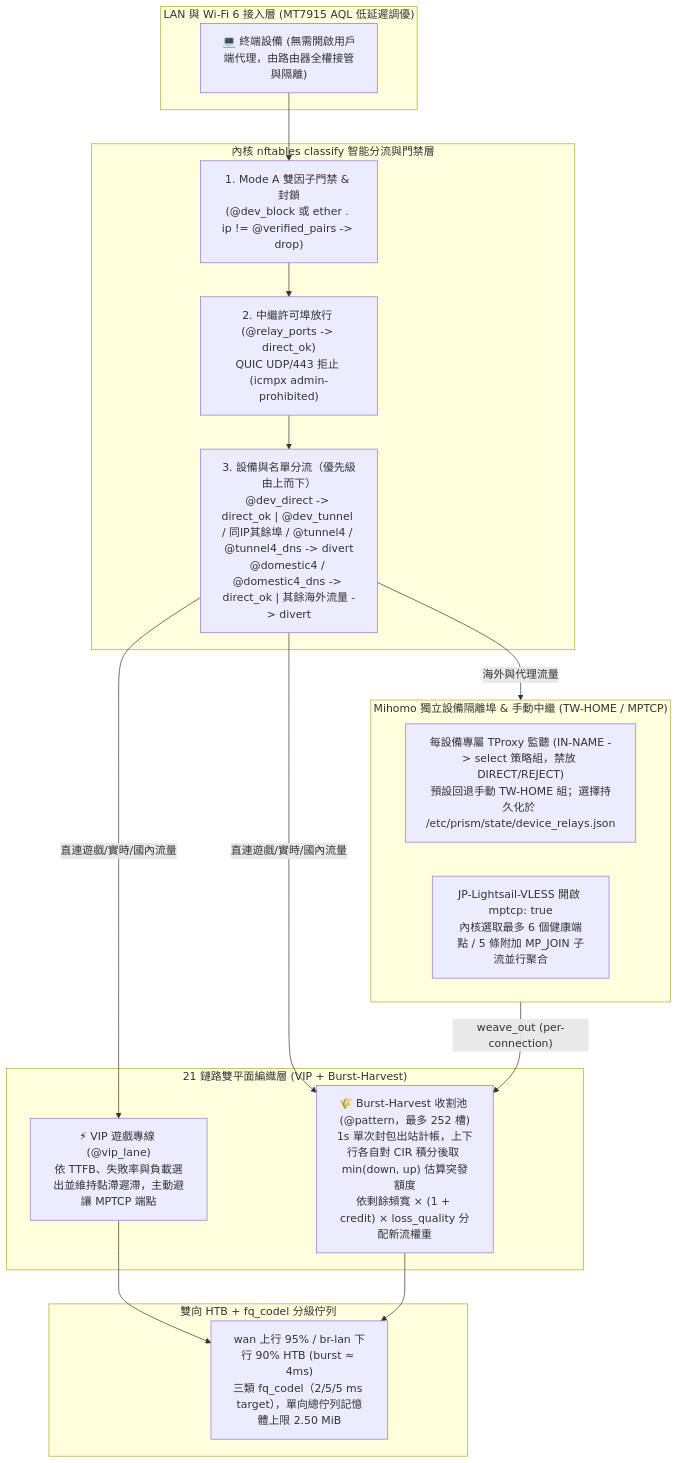
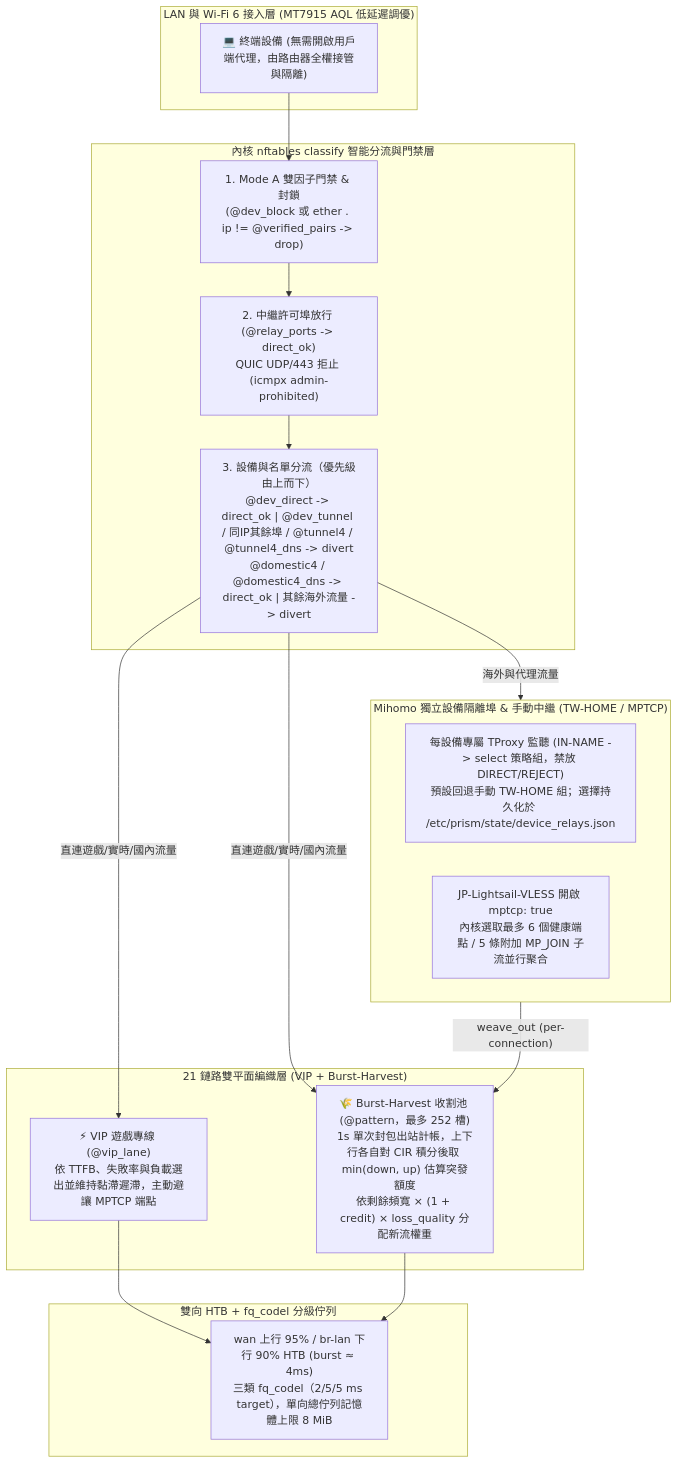
The diagram in README.md (Chth1z/FuckWeb), drawn with Mermaid before and after one commit. The commit also changed other lines of this file and 26 other files, not shown here.

````diff
--- a/README.md
+++ b/README.md
@@ -17,32 +17,32 @@
 ```mermaid
 flowchart TB
     subgraph ClientLayer["LAN 與 Wi-Fi 6 接入層 (MT7915 AQL 低延遲調優)"]
         LAN["💻 終端設備 (無需開啟用戶端代理，由路由器全權接管與隔離)"]
     end
 
     subgraph ClassifyLayer["內核 nftables classify 智能分流與門禁層"]
         Admit["1. Mode A 雙因子門禁 & 封鎖<br/>(@dev_block 或 ether . ip != @verified_pairs -> drop)"]
         RelayPort["2. 中繼許可埠放行 (@relay_ports -> direct_ok)<br/>QUIC UDP/443 拒止 (icmpx admin-prohibited)"]
         SplitCheck["3. 設備與名單分流（優先級由上而下）<br/>@dev_direct -> direct_ok | @dev_tunnel / 同IP其餘埠 / @tunnel4 / @tunnel4_dns -> divert<br/>@domestic4 / @domestic4_dns -> direct_ok | 其餘海外流量 -> divert"]
     end
 
     subgraph ProxyLayer["Mihomo 獨立設備隔離埠 & 手動中繼 (TW-HOME / MPTCP)"]
         DevPort["每設備專屬 TProxy 監聽 (IN-NAME -> select 策略組，禁放 DIRECT/REJECT)<br/>預設回退手動 TW-HOME 組；選擇持久化於 /etc/prism/state/device_relays.json"]
         MPTCP["JP-Lightsail-VLESS 開啟 mptcp: true<br/>內核選取最多 6 個健康端點 / 5 條附加 MP_JOIN 子流並行聚合"]
     end
 
     subgraph WeaveLayer["21 鏈路雙平面編織層 (VIP + Burst-Harvest)"]
         VIPLane["⚡ VIP 遊戲專線 (@vip_lane)<br/>依 TTFB、失敗率與負載選出並維持黏滯遲滯，主動避讓 MPTCP 端點"]
         HarvestPool["🌾 Burst-Harvest 收割池 (@pattern，最多 252 槽)<br/>1s 單次封包出站計帳，上下行各自對 CIR 積分後取 min(down, up) 估算突發額度<br/>依剩餘頻寬 × (1 + credit) × loss_quality 分配新流權重"]
     end
 
     subgraph QoSLayer["雙向 HTB + fq_codel 分級佇列"]
-        QoS["wan 上行 95% / br-lan 下行 90% HTB (burst ≈ 4ms)<br/>三類 fq_codel（2/5/5 ms target），單向總佇列記憶體上限 2.50 MiB"]
+        QoS["wan 上行 95% / br-lan 下行 90% HTB (burst ≈ 4ms)<br/>三類 fq_codel（2/5/5 ms target），單向總佇列記憶體上限 8 MiB"]
     end
 
     LAN --> Admit --> RelayPort --> SplitCheck
     SplitCheck -->|"海外與代理流量"| ProxyLayer -->|"weave_out (per-connection)"| HarvestPool
     SplitCheck -->|"直連遊戲/實時/國內流量"| VIPLane & HarvestPool
     VIPLane --> QoS
     HarvestPool --> QoS
 ```
````
